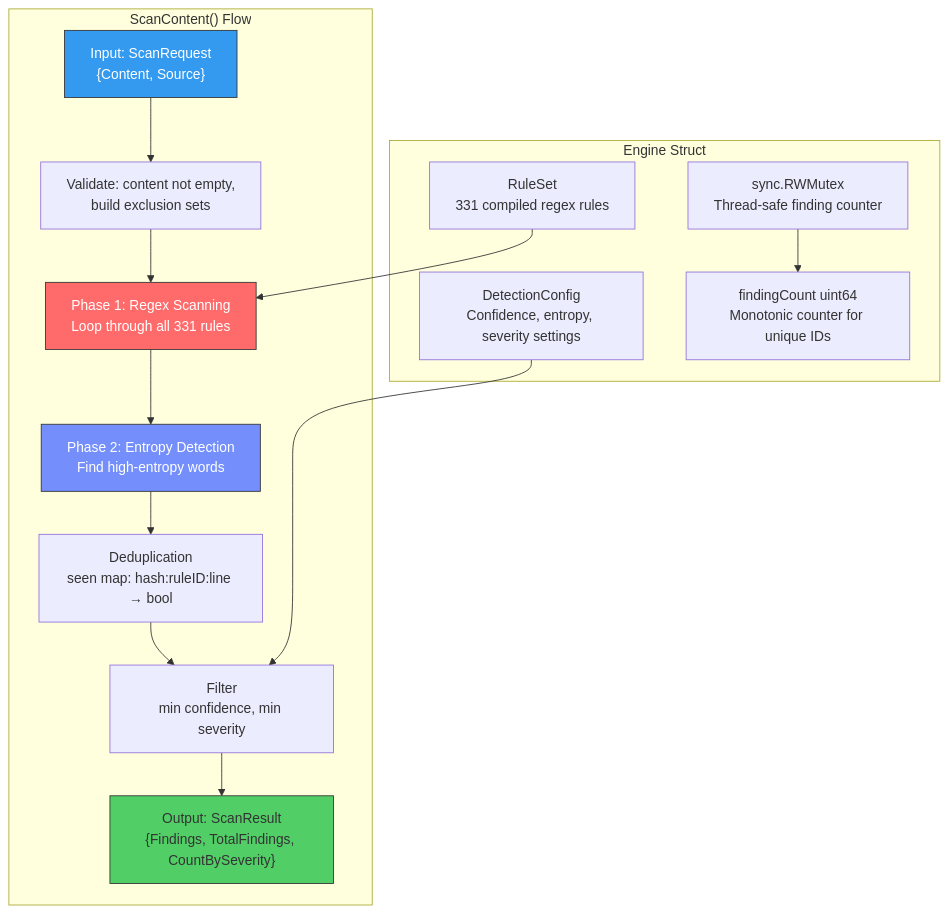
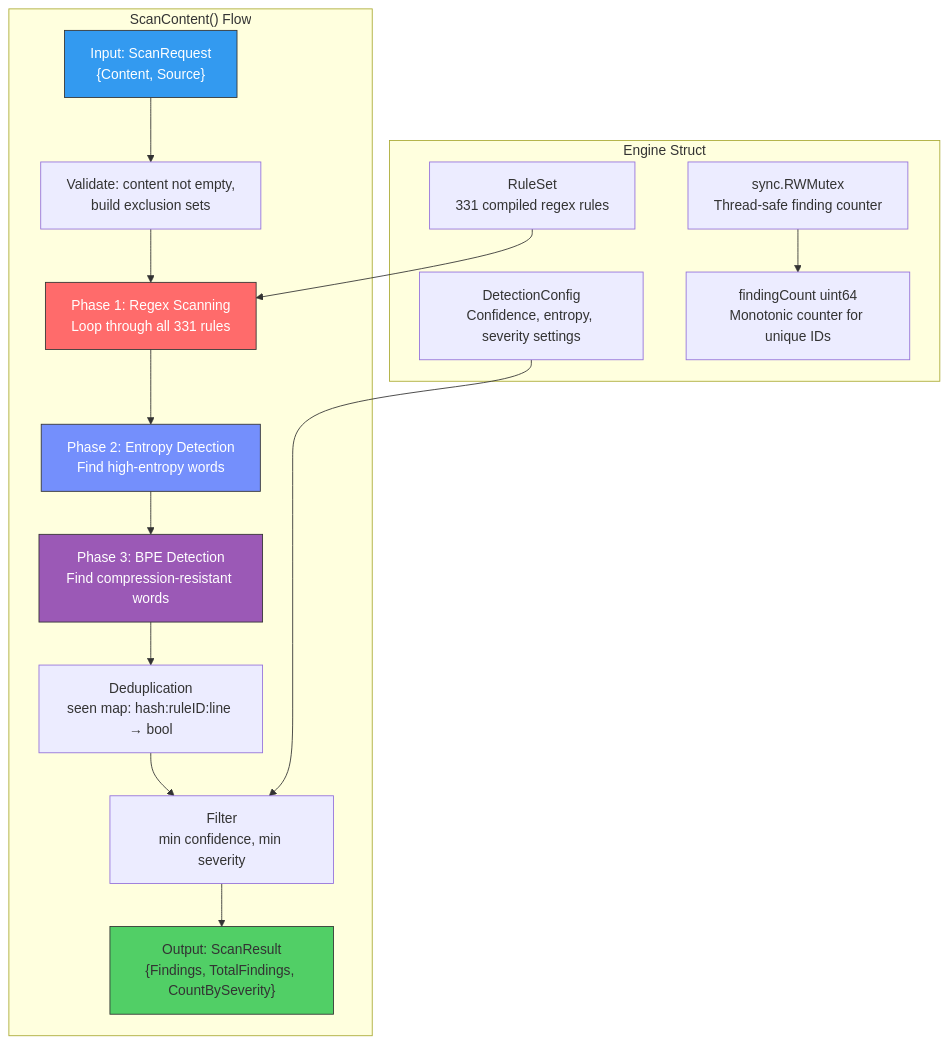
One commit to svemulapati/CredVigil changed diagram 13 of 60 in docs/training/00-System-Design.md. Above: the diagram before and after it, drawn with Mermaid. The commit also changed other lines of this file and 8 other files, not shown here.

````diff
--- a/docs/training/00-System-Design.md
+++ b/docs/training/00-System-Design.md
@@ -753,30 +754,32 @@
 ```mermaid
 graph TD
     subgraph "Engine Struct"
         RS["RuleSet<br/>331 compiled regex rules"]
         MU["sync.RWMutex<br/>Thread-safe finding counter"]
         CFG["DetectionConfig<br/>Confidence, entropy, severity settings"]
         FC["findingCount uint64<br/>Monotonic counter for unique IDs"]
     end
 
     subgraph "ScanContent() Flow"
         INPUT["Input: ScanRequest<br/>{Content, Source}"]
         VALIDATE["Validate: content not empty,<br/>build exclusion sets"]
         REGEX["Phase 1: Regex Scanning<br/>Loop through all 331 rules"]
         ENTROP["Phase 2: Entropy Detection<br/>Find high-entropy words"]
+        BPE["Phase 3: BPE Detection<br/>Find compression-resistant words"]
         DEDUP["Deduplication<br/>seen map: hash:ruleID:line → bool"]
         FILTER["Filter<br/>min confidence, min severity"]
         OUTPUT["Output: ScanResult<br/>{Findings, TotalFindings, CountBySeverity}"]
     end
 
-    INPUT --> VALIDATE --> REGEX --> ENTROP --> DEDUP --> FILTER --> OUTPUT
+    INPUT --> VALIDATE --> REGEX --> ENTROP --> BPE --> DEDUP --> FILTER --> OUTPUT
 
     RS --> REGEX
     CFG --> FILTER
     MU --> FC
 
     style INPUT fill:#339af0,stroke:#333,color:#fff
     style OUTPUT fill:#51cf66,stroke:#333
     style REGEX fill:#ff6b6b,stroke:#333,color:#fff
     style ENTROP fill:#748ffc,stroke:#333,color:#fff
+    style BPE fill:#9b59b6,stroke:#333,color:#fff
 ```
````
